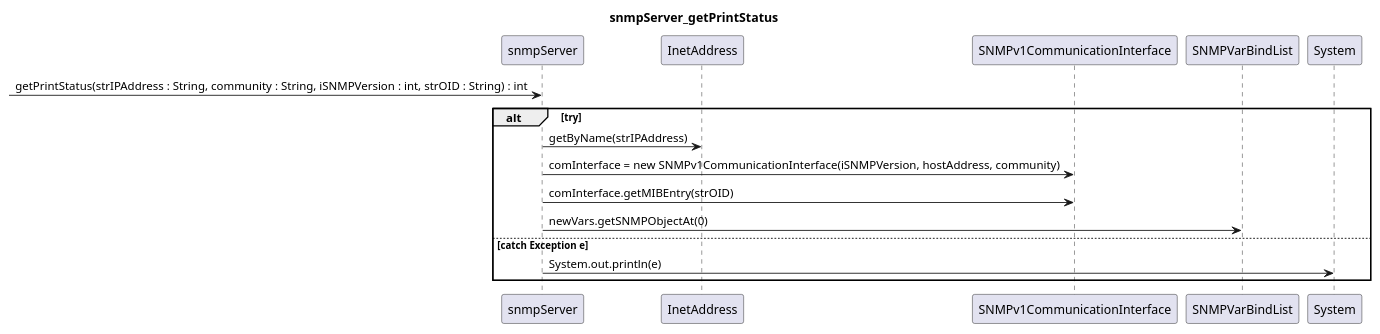
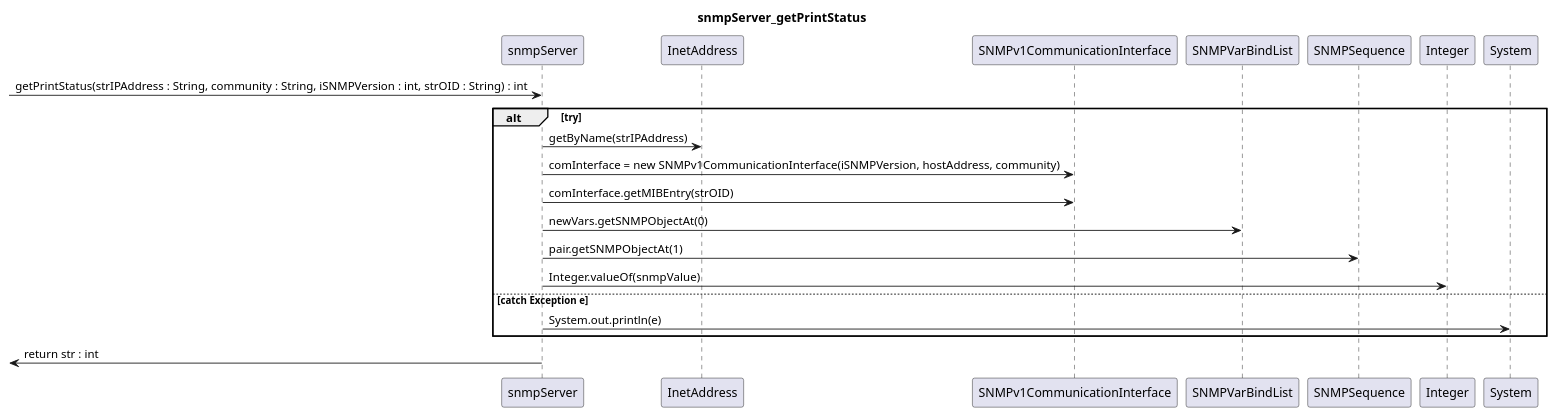
Before and after one commit to phillipjf/SNMPrint: the diagram in app/UML/DesignSequenceDiagrams/snmpServer_getPrinterStatus.puml, drawn with PlantUML.

Commit message:
04/29/15-8:20 pm Added Class and Domain model

```diff
--- a/app/UML/DesignSequenceDiagrams/snmpServer_getPrinterStatus.puml
+++ b/app/UML/DesignSequenceDiagrams/snmpServer_getPrinterStatus.puml
@@ -1,13 +1,15 @@
 @startuml
 title snmpServer_getPrintStatus
 -> snmpServer : getPrintStatus(strIPAddress : String, community : String, iSNMPVersion : int, strOID : String) : int
 alt try
 snmpServer -> InetAddress : getByName(strIPAddress)
 snmpServer -> SNMPv1CommunicationInterface : comInterface = new SNMPv1CommunicationInterface(iSNMPVersion, hostAddress, community)
 snmpServer -> SNMPv1CommunicationInterface : comInterface.getMIBEntry(strOID)
 snmpServer -> SNMPVarBindList : newVars.getSNMPObjectAt(0)
+snmpServer -> SNMPSequence : pair.getSNMPObjectAt(1)
+snmpServer -> Integer : Integer.valueOf(snmpValue)
 else catch Exception e
 snmpServer -> System : System.out.println(e)
 end
-
+<- snmpServer : return str : int
 @enduml
```
